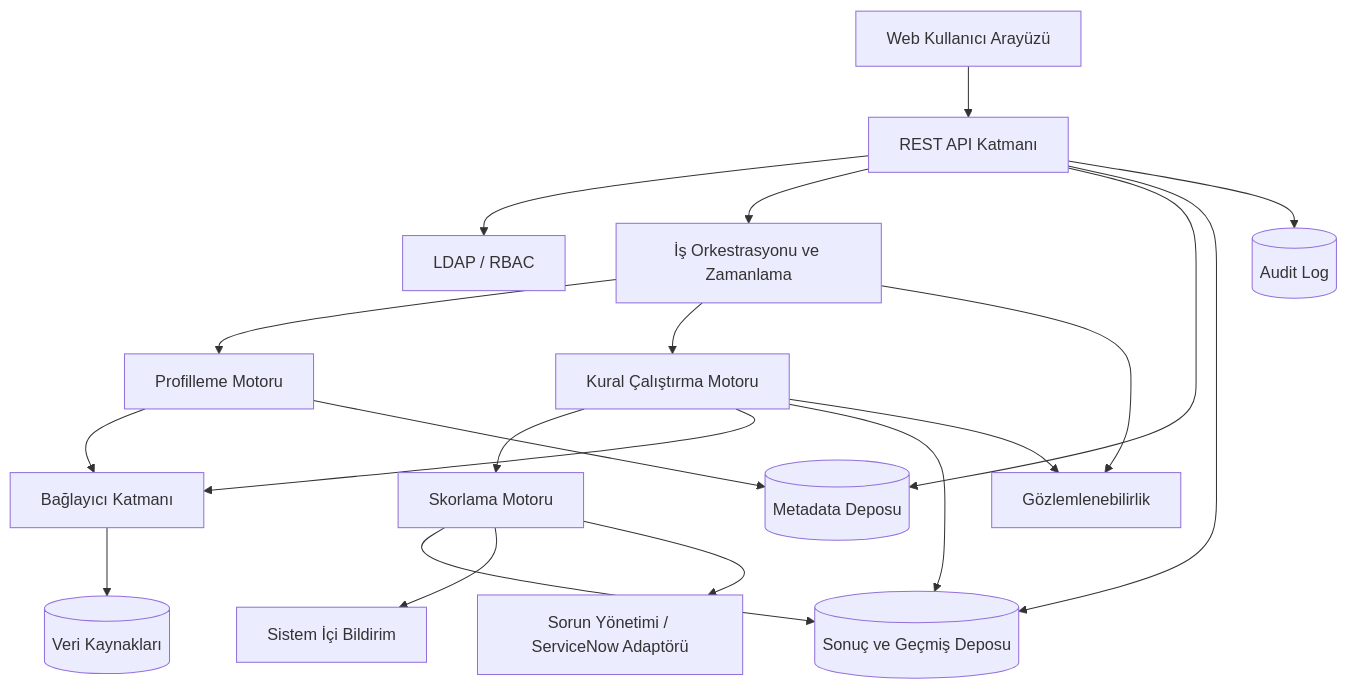
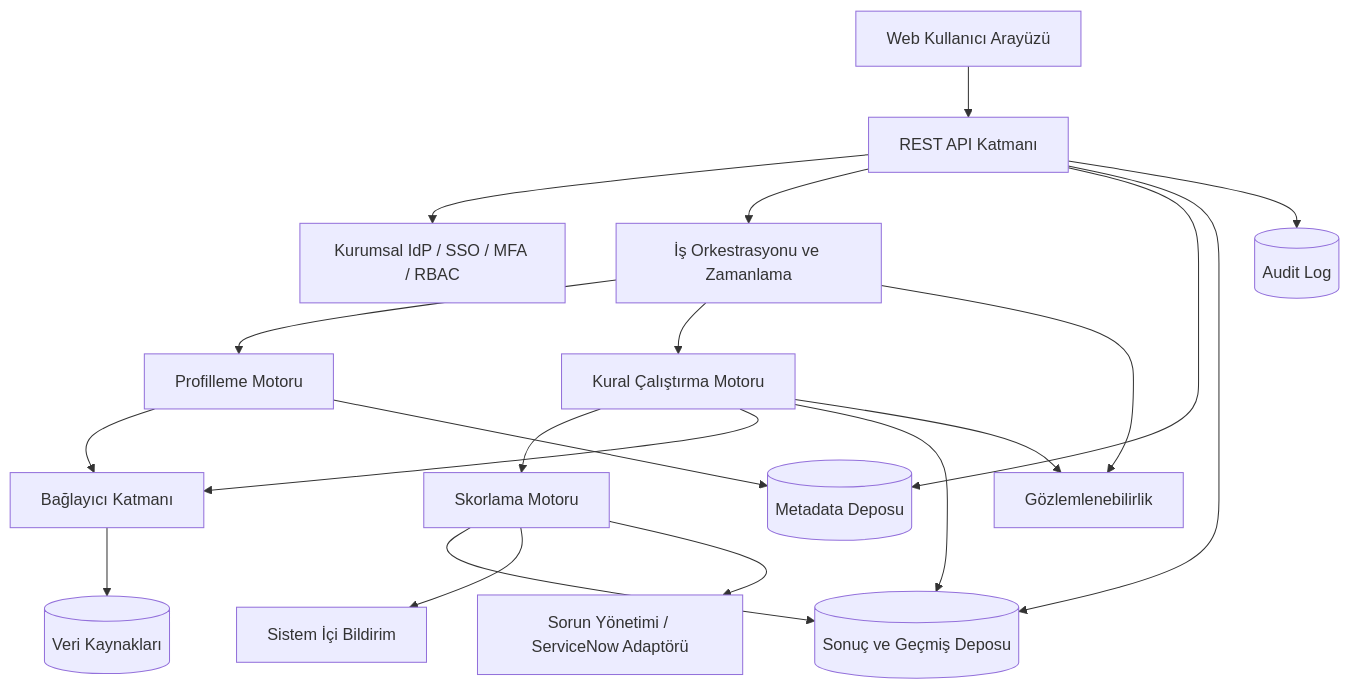
One commit to yusufipek2049/veri-kalitesi-sistemi changed the diagram in 02-Mimari/Mantiksal-Mimari.md. Above: the diagram before and after it, drawn with Mermaid. The commit also changed other lines of this file and 56 other files, not shown here.

````diff
--- a/02-Mimari/Mantiksal-Mimari.md
+++ b/02-Mimari/Mantiksal-Mimari.md
@@ -33,38 +35,38 @@
 ```mermaid
 flowchart TB
     UI[Web Kullanıcı Arayüzü]
     API[REST API Katmanı]
-    AUTH[LDAP / RBAC]
+    AUTH[Kurumsal IdP / SSO / MFA / RBAC]
     ORCH[İş Orkestrasyonu ve Zamanlama]
     PROF[Profilleme Motoru]
     RULE[Kural Çalıştırma Motoru]
     SCORE[Skorlama Motoru]
     NOTIF[Sistem İçi Bildirim]
     ISSUE[Sorun Yönetimi / ServiceNow Adaptörü]
     CONN[Bağlayıcı Katmanı]
     SRC[(Veri Kaynakları)]
     META[(Metadata Deposu)]
     HIST[(Sonuç ve Geçmiş Deposu)]
     AUDIT[(Audit Log)]
     OBS[Gözlemlenebilirlik]
 
     UI --> API
     API --> AUTH
     API --> ORCH
     ORCH --> PROF
     ORCH --> RULE
     RULE --> SCORE
     PROF --> CONN
     RULE --> CONN
     CONN --> SRC
     PROF --> META
     RULE --> HIST
     SCORE --> HIST
     SCORE --> NOTIF
     SCORE --> ISSUE
     API --> META
     API --> HIST
     API --> AUDIT
     ORCH --> OBS
     RULE --> OBS
 ```
````
